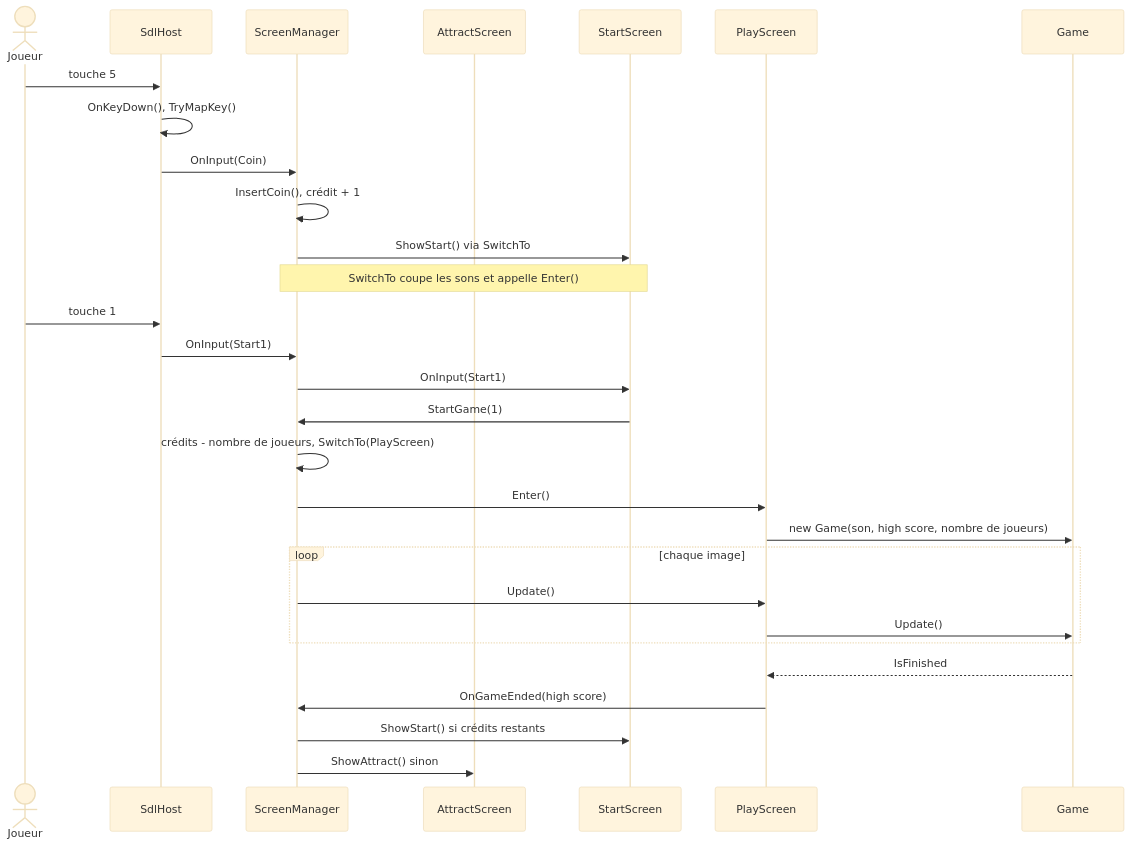
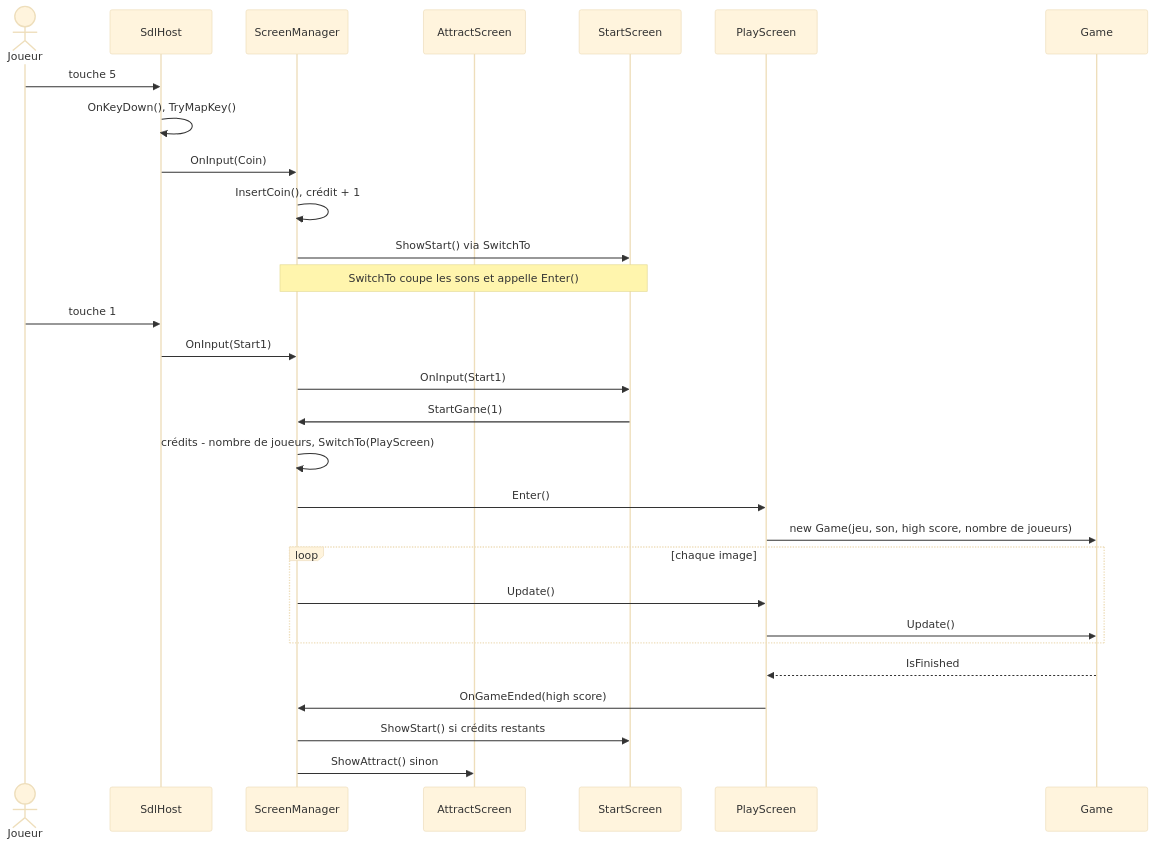
The tenth of 31 diagrams in docs/Pacman_UML_et_etats.md (Telev78/pacman), drawn with Mermaid (base theme) before and after one commit. The commit also changed other lines of this file and 173 other files, not shown here.

````diff
--- a/docs/Pacman_UML_et_etats.md
+++ b/docs/Pacman_UML_et_etats.md
@@ -799,31 +1030,31 @@
 ```mermaid
 sequenceDiagram
   actor J as Joueur
   participant M as SdlHost
   participant S as ScreenManager
   participant A as AttractScreen
   participant ST as StartScreen
   participant P as PlayScreen
   participant G as Game
   J->>M: touche 5
   M->>M: OnKeyDown(), TryMapKey()
   M->>S: OnInput(Coin)
   S->>S: InsertCoin(), crédit + 1
   S->>ST: ShowStart() via SwitchTo
   Note over S,ST: SwitchTo coupe les sons et appelle Enter()
   J->>M: touche 1
   M->>S: OnInput(Start1)
   S->>ST: OnInput(Start1)
   ST->>S: StartGame(1)
   S->>S: crédits - nombre de joueurs, SwitchTo(PlayScreen)
   S->>P: Enter()
-  P->>G: new Game(son, high score, nombre de joueurs)
+  P->>G: new Game(jeu, son, high score, nombre de joueurs)
   loop chaque image
     S->>P: Update()
     P->>G: Update()
   end
   G-->>P: IsFinished
   P->>S: OnGameEnded(high score)
   S->>ST: ShowStart() si crédits restants
   S->>A: ShowAttract() sinon
 ```
````
